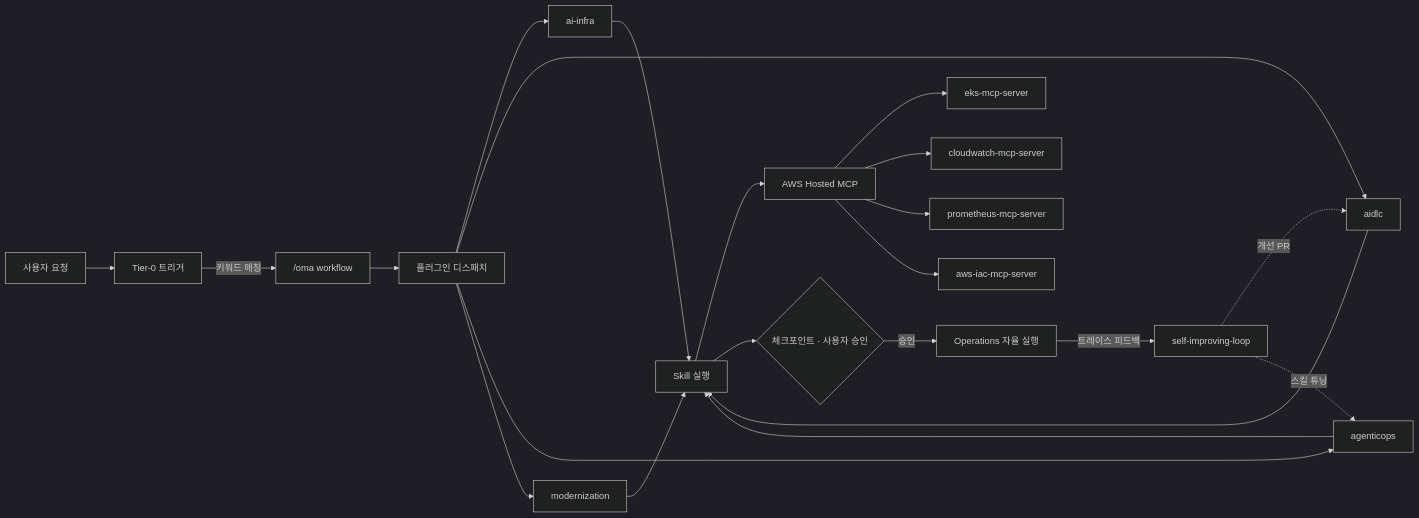
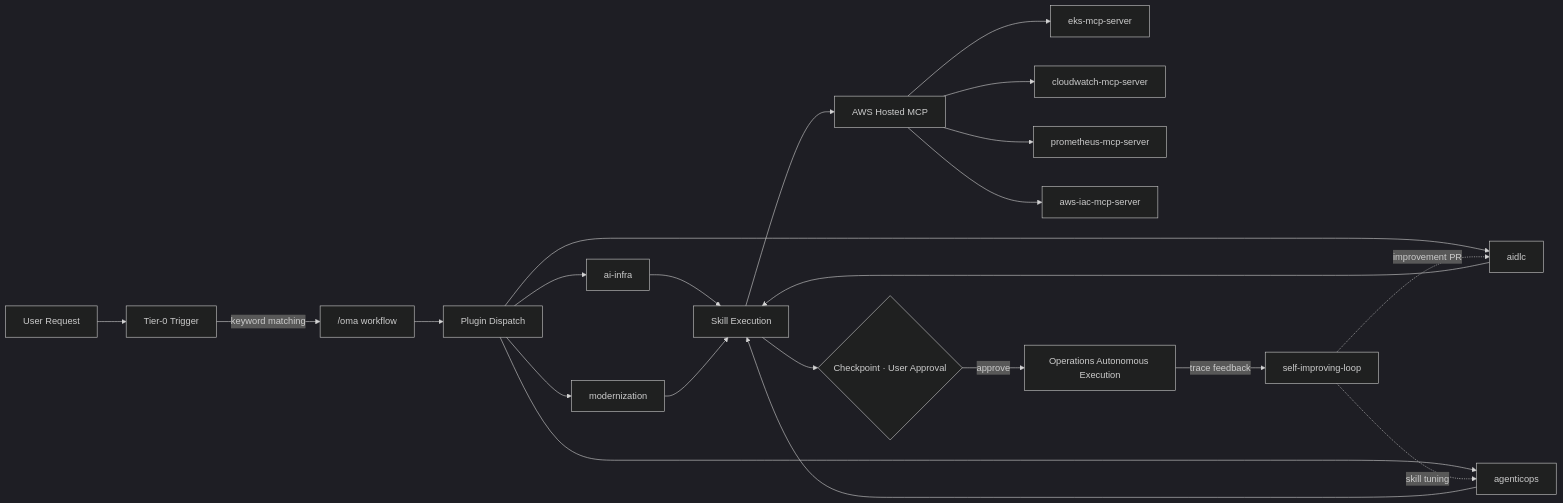
Before and after one commit to devfloor9/sample-oh-my-aidlcops: the diagram in docs/docs/intro.md, drawn with Mermaid (dark theme). The commit also changed other lines of this file and 44 other files, not shown here.

````diff
--- a/docs/docs/intro.md
+++ b/docs/docs/intro.md
@@ -52,24 +53,24 @@
 ```mermaid
 flowchart LR
-    U["사용자 요청"] --> T["Tier-0 트리거"]
-    T -- "키워드 매칭" --> C["/oma workflow"]
-    C --> D["플러그인 디스패치"]
+    U["User Request"] --> T["Tier-0 Trigger"]
+    T -- "keyword matching" --> C["/oma workflow"]
+    C --> D["Plugin Dispatch"]
     D --> P1["ai-infra"]
-    D --> P2["aidlc"]
-    D --> P3["agenticops"]
+    D --> P2["agenticops"]
+    D --> P3["aidlc"]
     D --> P4["modernization"]
-    P1 --> S["Skill 실행"]
+    P1 --> S["Skill Execution"]
     P2 --> S
     P3 --> S
     P4 --> S
     S --> M["AWS Hosted MCP"]
     M --> EKS["eks-mcp-server"]
     M --> CW["cloudwatch-mcp-server"]
     M --> PR["prometheus-mcp-server"]
     M --> IAC["aws-iac-mcp-server"]
-    S --> CK{"체크포인트 · 사용자 승인"}
-    CK -- "승인" --> OP["Operations 자율 실행"]
-    OP -- "트레이스 피드백" --> SI["self-improving-loop"]
-    SI -. "개선 PR" .-> P2
-    SI -. "스킬 튜닝" .-> P3
+    S --> CK{"Checkpoint · User Approval"}
+    CK -- "approve" --> OP["Operations Autonomous Execution"]
+    OP -- "trace feedback" --> SI["self-improving-loop"]
+    SI -. "improvement PR" .-> P3
+    SI -. "skill tuning" .-> P2
 ```
````
